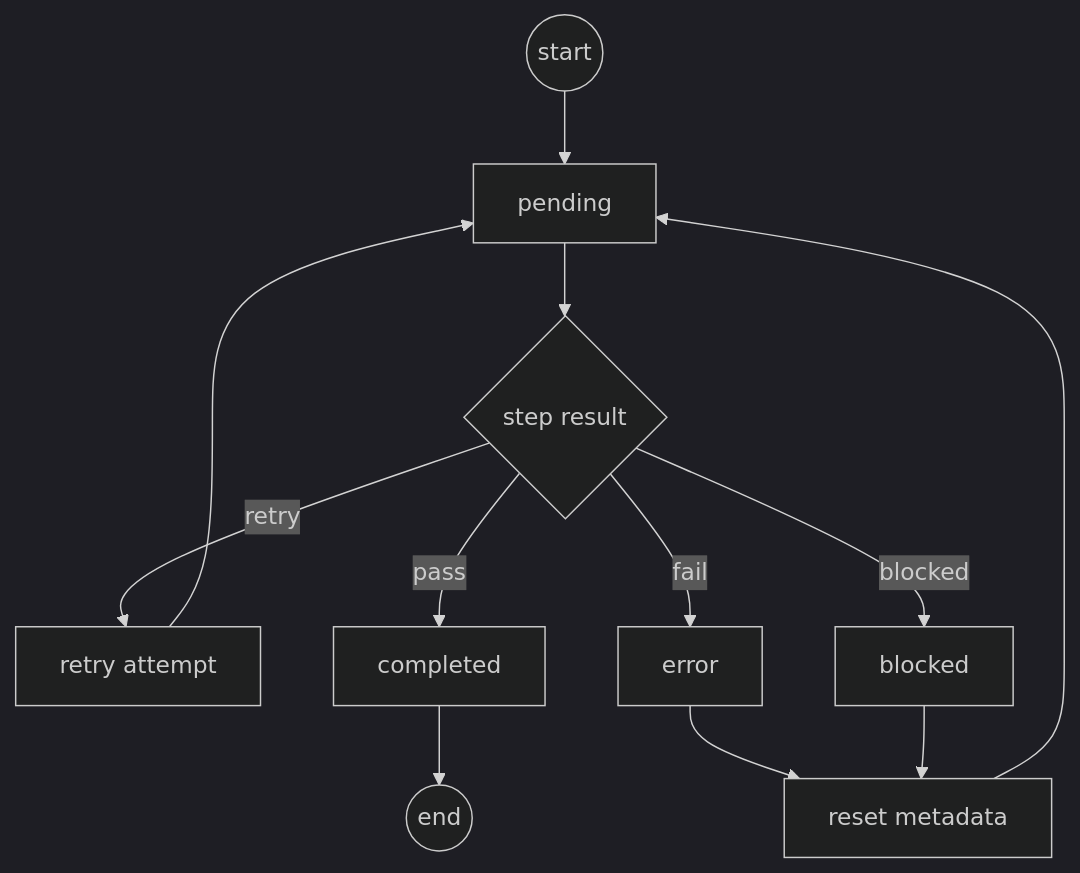
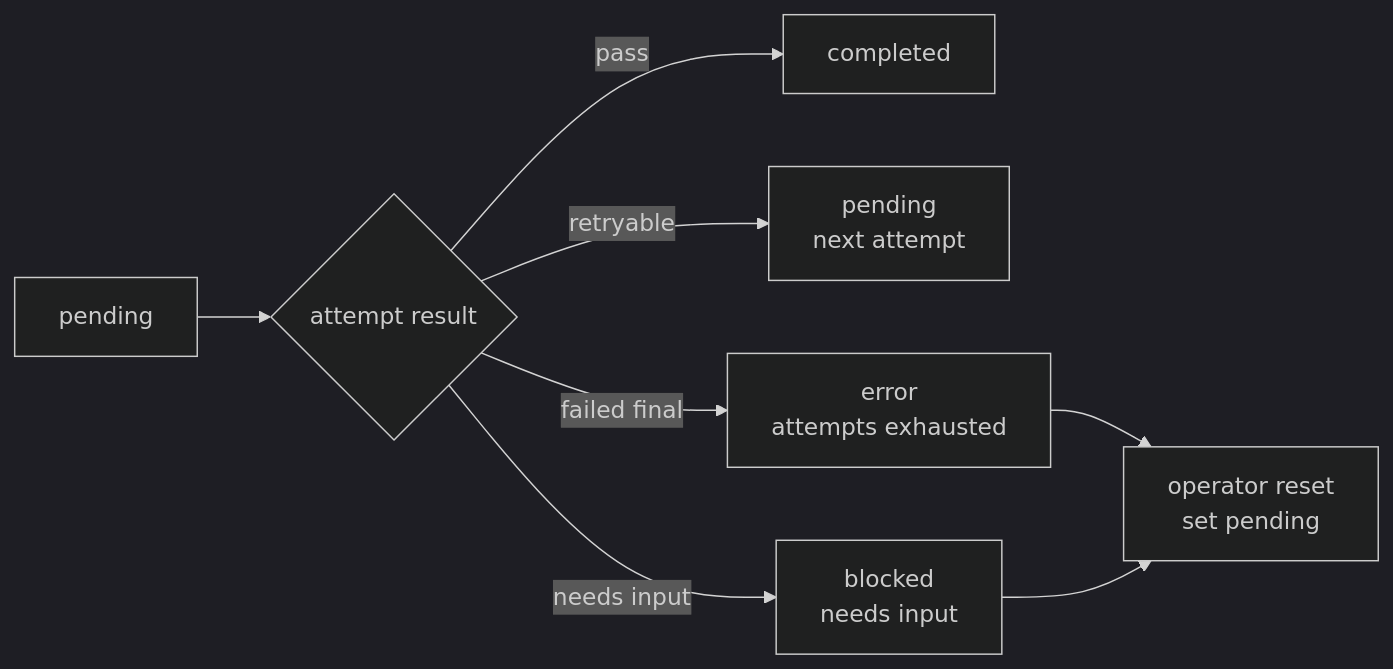
The third of 4 diagrams in docs/harness/harness_architecture.md (zaehorang/SolveSync), drawn with Mermaid (dark theme) before and after one commit. The commit also changed other lines of this file, not shown here.

Commit message:
docs: clarify harness architecture policy

````diff
--- a/docs/harness/harness_architecture.md
+++ b/docs/harness/harness_architecture.md
@@ -199,24 +308,18 @@
 ```mermaid
-flowchart TD
-  Start(("start"))
+flowchart LR
   Pending["pending"]
-  Result{"step result"}
-  Retry["retry attempt"]
+  Result{"attempt result"}
   Done["completed"]
-  Error["error"]
-  Blocked["blocked"]
-  Reset["reset metadata"]
-  End(("end"))
+  Retry["pending<br/>next attempt"]
+  Error["error<br/>attempts exhausted"]
+  Blocked["blocked<br/>needs input"]
+  Reset["operator reset<br/>set pending"]
 
-  Start --> Pending
   Pending --> Result
   Result -->|"pass"| Done
-  Result -->|"retry"| Retry
-  Result -->|"fail"| Error
-  Result -->|"blocked"| Blocked
-  Retry --> Pending
-  Done --> End
+  Result -->|"retryable"| Retry
+  Result -->|"failed final"| Error
+  Result -->|"needs input"| Blocked
   Error --> Reset
   Blocked --> Reset
-  Reset --> Pending
 ```
````
